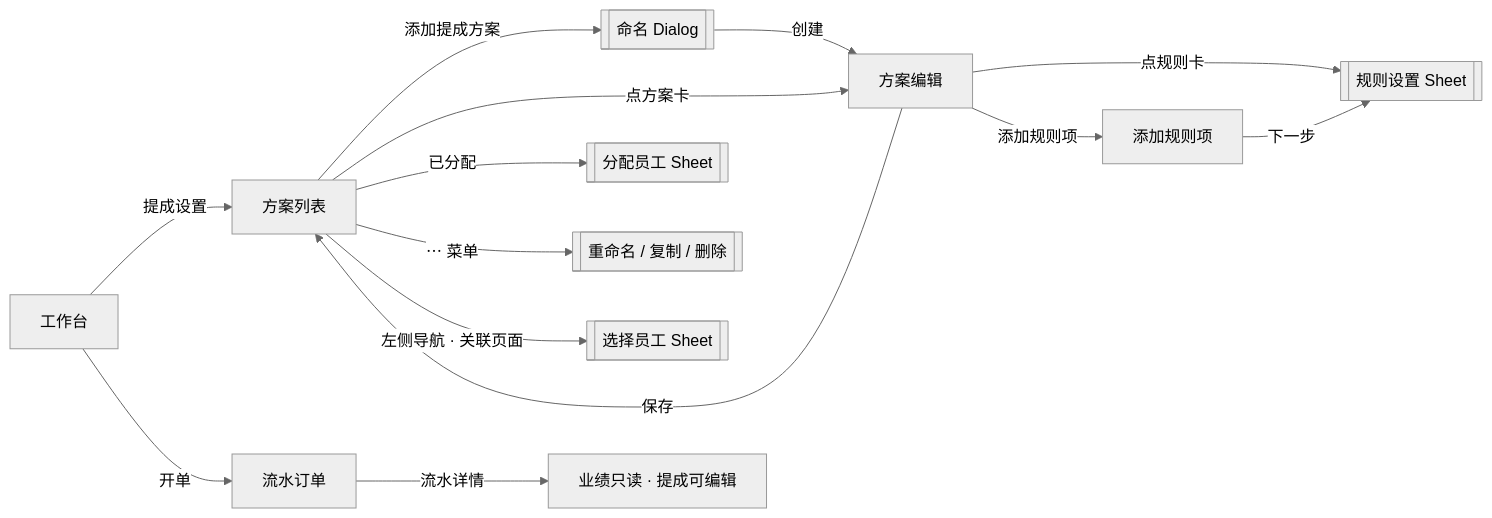
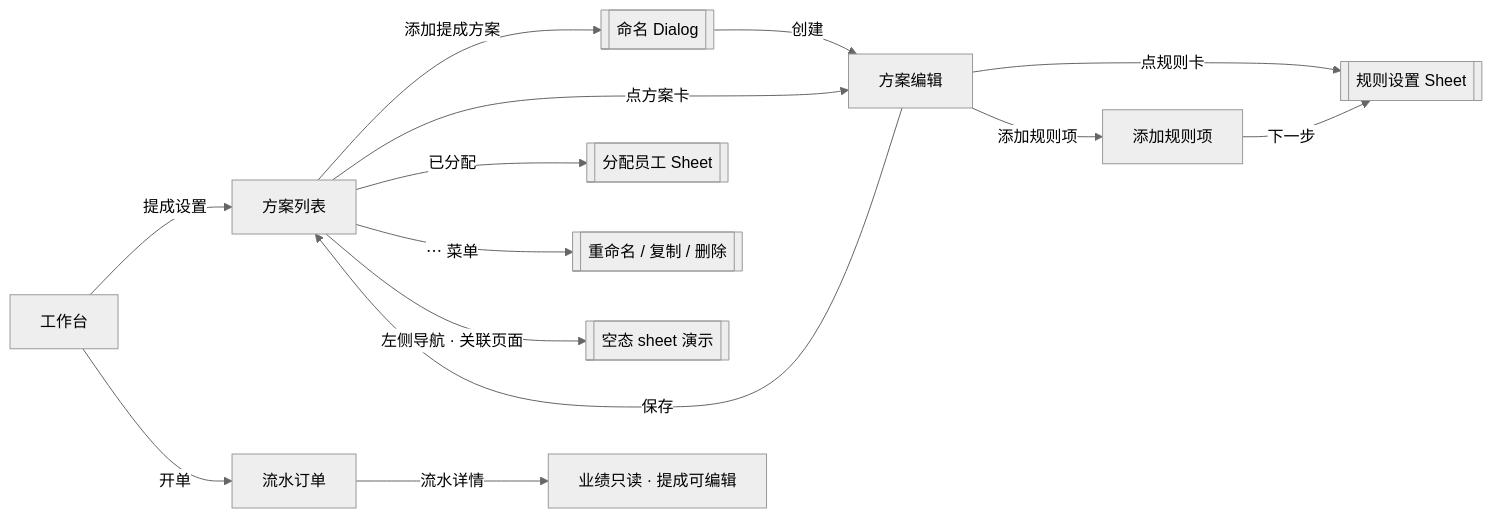
One commit to XDean-Designer/ticheng changed the first of 3 diagrams in PRD-提成设置.md. Above: the diagram before and after it, drawn with Mermaid (neutral theme). The commit also changed other lines of this file and 10 other files, not shown here.

````diff
--- a/PRD-提成设置.md
+++ b/PRD-提成设置.md
@@ -189,16 +186,16 @@
 ```mermaid
 flowchart LR
   W[工作台] -->|提成设置| L[方案列表]
   L -->|添加提成方案| N[[命名 Dialog]]
   N -->|创建| E[方案编辑]
   L -->|点方案卡| E
   E -->|点规则卡| S[[规则设置 Sheet]]
   E -->|添加规则项| P[添加规则项]
   P -->|下一步| S
   L -->|已分配| A[[分配员工 Sheet]]
   L -->|⋯ 菜单| M[[重命名 / 复制 / 删除]]
   E -->|保存| L
-  L -->|左侧导航 · 关联页面| STF[[选择员工 Sheet]]
+  L -->|左侧导航 · 关联页面| STF[[空态 sheet 演示]]
   W -->|开单| B[流水订单]
   B -->|流水详情| D[业绩只读 · 提成可编辑]
 ```
````
